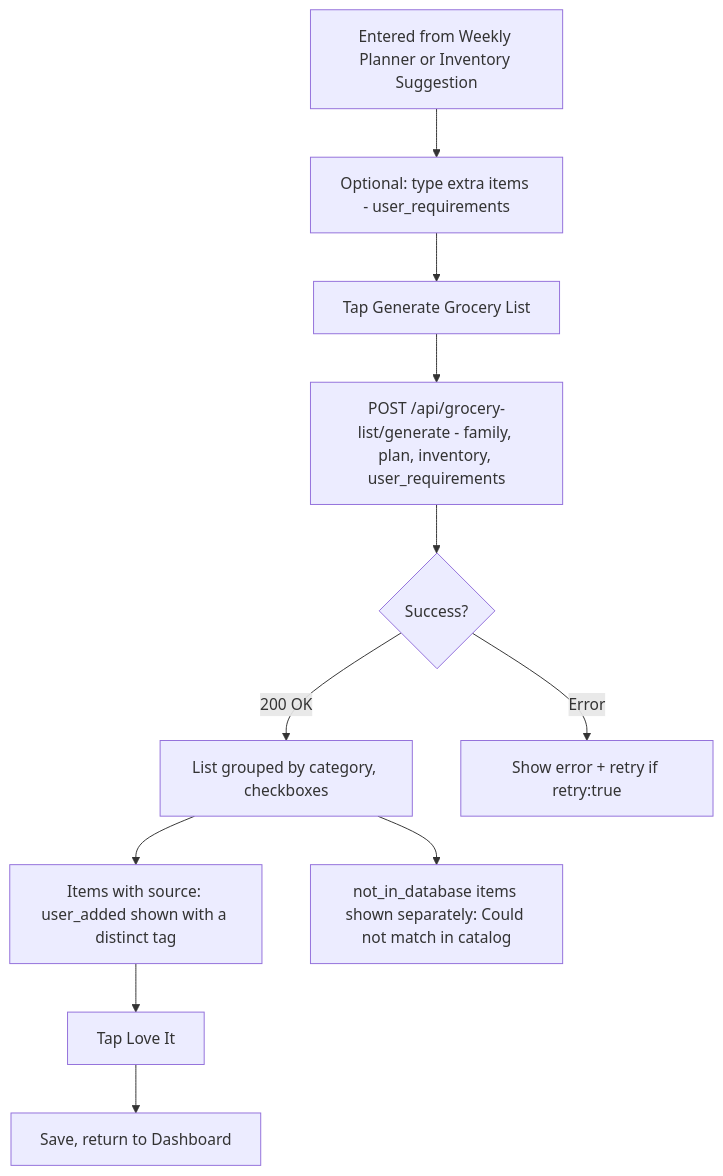
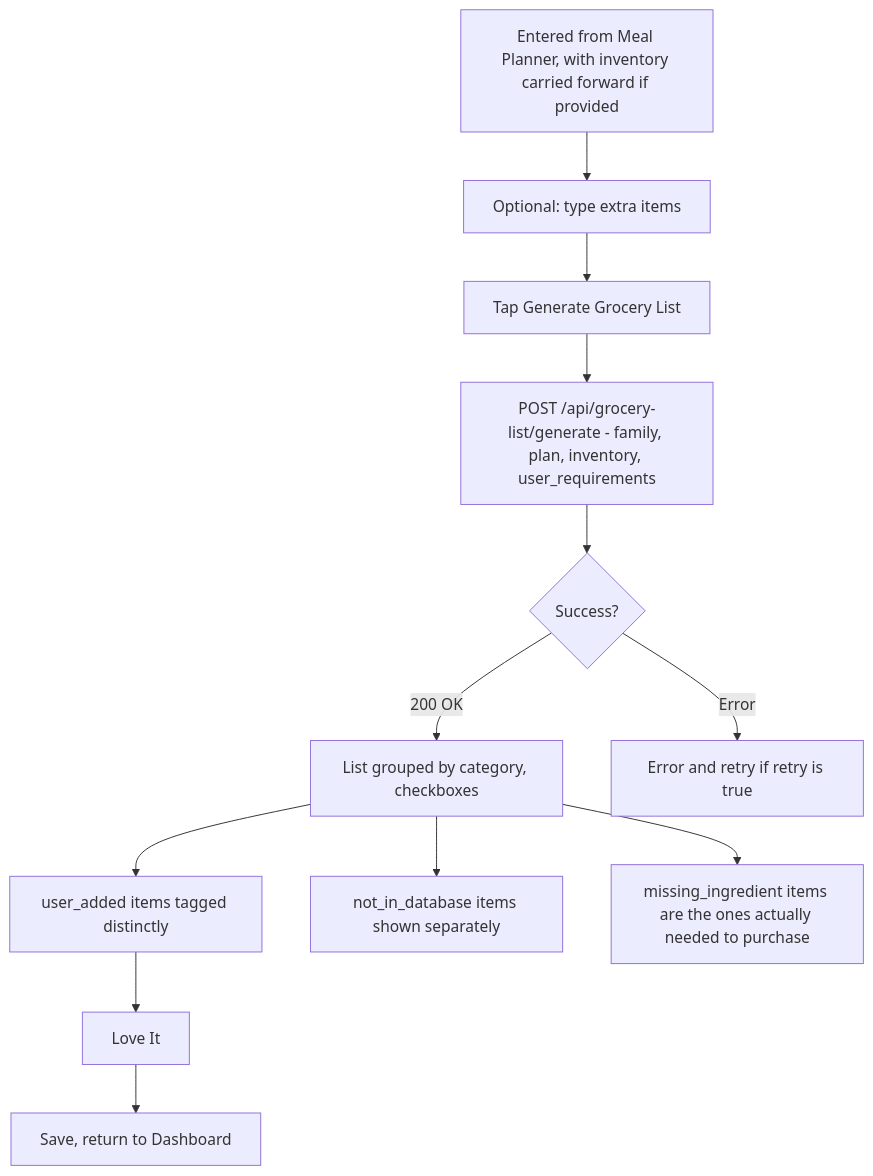
Before and after one commit to subhi19/nutriwise-ai: the ninth of 9 diagrams in docs/frontend-flow-and-business-logic.md, drawn with Mermaid. The commit also changed other lines of this file, not shown here.

Commit message:
Update frontend doc v1.2: finalize per-day meal type selection

````diff
--- a/docs/frontend-flow-and-business-logic.md
+++ b/docs/frontend-flow-and-business-logic.md
@@ -276,13 +319,13 @@
 ```mermaid
 flowchart TD
-    A[Entered from Weekly Planner or Inventory Suggestion] --> B[Optional: type extra items - user_requirements]
+    A[Entered from Meal Planner, with inventory carried forward if provided] --> B[Optional: type extra items]
     B --> C[Tap Generate Grocery List]
     C --> D[POST /api/grocery-list/generate - family, plan, inventory, user_requirements]
     D --> E{Success?}
     E -->|200 OK| F[List grouped by category, checkboxes]
-    F --> G[Items with source: user_added shown with a distinct tag]
-    F --> H[not_in_database items shown separately: Could not match in catalog]
-    E -->|Error| I[Show error + retry if retry:true]
-    G --> J[Tap Love It]
-    J --> K[Save, return to Dashboard]
+    F --> G[user_added items tagged distinctly]
+    F --> H[not_in_database items shown separately]
+    F --> I[missing_ingredient items are the ones actually needed to purchase]
+    E -->|Error| J[Error and retry if retry is true]
+    G --> K[Love It] --> L[Save, return to Dashboard]
 ```
````
